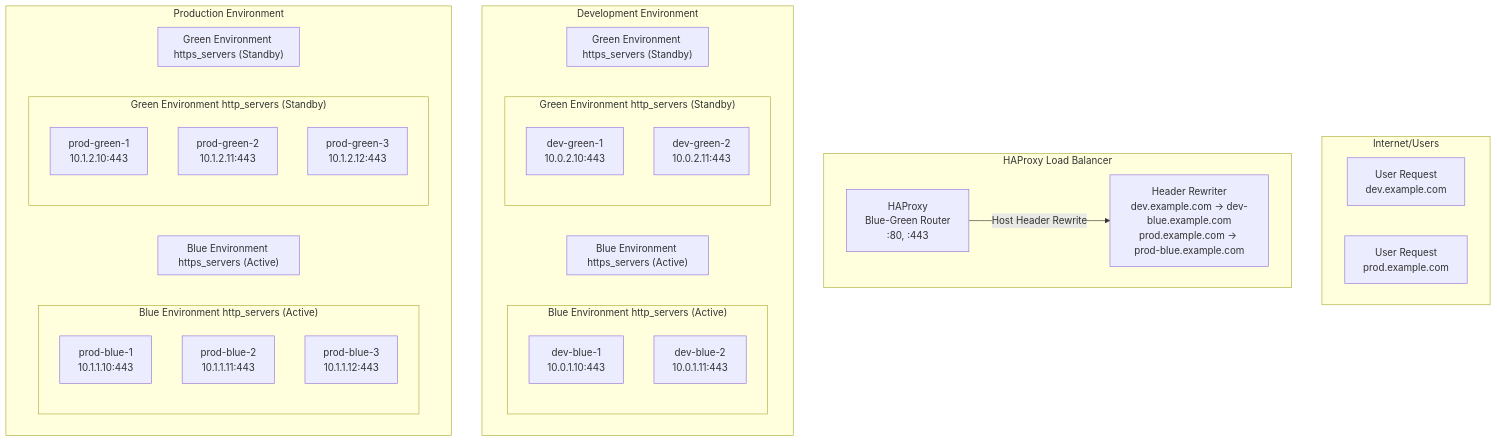
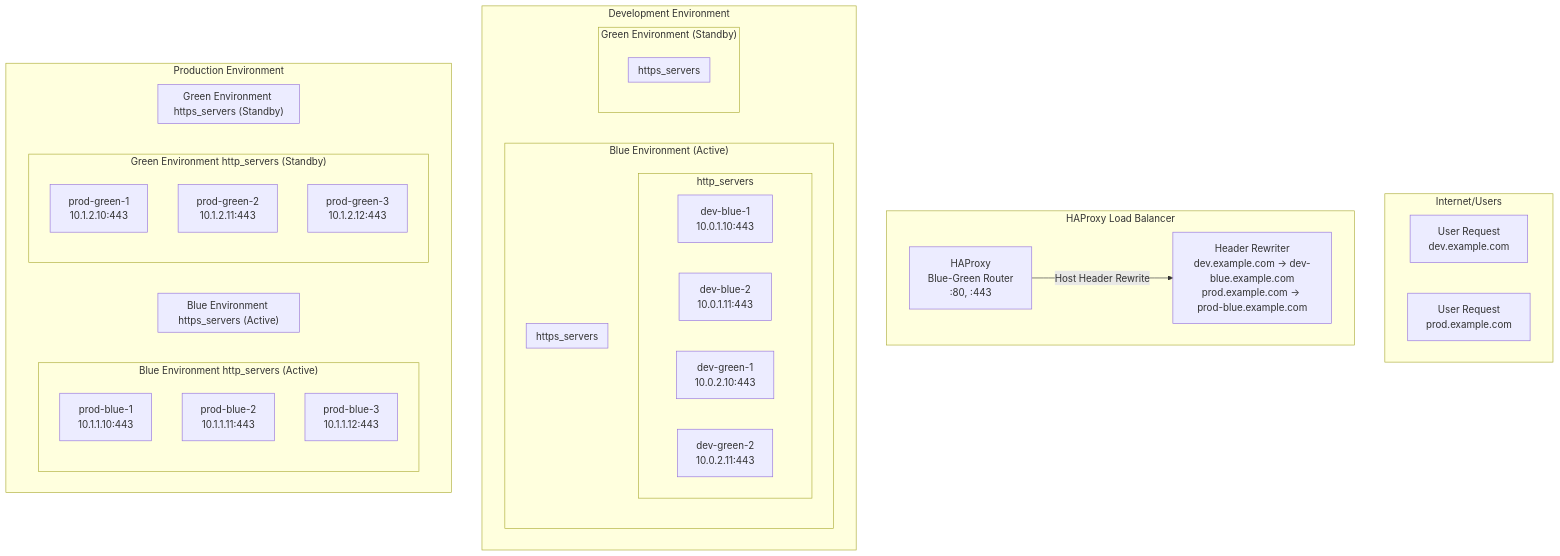
One commit to cadjai/ocp4-cluster-workload-migration changed the diagram in HAPROXY-BLUE-GREEN-README.md. Above: the diagram before and after it, drawn with Mermaid.

Commit message:
update diagram

````diff
--- a/HAPROXY-BLUE-GREEN-README.md
+++ b/HAPROXY-BLUE-GREEN-README.md
@@ -26,60 +26,64 @@
 ```mermaid
 graph TB
     subgraph "Internet/Users"
         U1[User Request<br/>dev.example.com]
         U2[User Request<br/>prod.example.com]
     end
     
     subgraph "HAProxy Load Balancer"
         H[HAProxy<br/>Blue-Green Router<br/>:80, :443]
         H --> |"Host Header Rewrite"| HR[Header Rewriter<br/>dev.example.com → dev-blue.example.com<br/>prod.example.com → prod-blue.example.com]
     end
     
     subgraph "Development Environment"
-        subgraph "Blue Environment http_servers (Active)"
-            DB1[dev-blue-1<br/>10.0.1.10:80]
-            DB2[dev-blue-2<br/>10.0.1.11:80]
+        subgraph "Blue Environment (Active)"
+           subgraph "http_servers"
+               DB1[dev-blue-1<br/>10.0.1.10:80]
+               DB2[dev-blue-2<br/>10.0.1.11:80]
+           end
+           
+           subgraph "https_servers "
+               DB1[dev-blue-1<br/>10.0.1.10:443]
+               DB2[dev-blue-2<br/>10.0.1.11:443]
+           end
         end
         
-        subgraph "Blue Environment https_servers (Active)"
-            DB1[dev-blue-1<br/>10.0.1.10:443]
-            DB2[dev-blue-2<br/>10.0.1.11:443]
-        end
-        
-        subgraph "Green Environment http_servers (Standby)"
-            DG1[dev-green-1<br/>10.0.2.10:80]
-            DG2[dev-green-2<br/>10.0.2.11:80]
-        end
-        
-        subgraph "Green Environment https_servers (Standby)"
-            DG1[dev-green-1<br/>10.0.2.10:443]
-            DG2[dev-green-2<br/>10.0.2.11:443]
+        subgraph "Green Environment (Standby)"
+           subgraph "http_servers"
+               DG1[dev-green-1<br/>10.0.2.10:80]
+               DG2[dev-green-2<br/>10.0.2.11:80]
+           end
+           
+           subgraph "https_servers"
+               DG1[dev-green-1<br/>10.0.2.10:443]
+               DG2[dev-green-2<br/>10.0.2.11:443]
+           end
         end
     end
     
     subgraph "Production Environment"
         subgraph "Blue Environment http_servers (Active)"
             PB1[prod-blue-1<br/>10.1.1.10:80]
             PB2[prod-blue-2<br/>10.1.1.11:80]
             PB3[prod-blue-3<br/>10.1.1.12:80]
         end
         
         subgraph "Blue Environment https_servers (Active)"
             PB1[prod-blue-1<br/>10.1.1.10:443]
             PB2[prod-blue-2<br/>10.1.1.11:443]
             PB3[prod-blue-3<br/>10.1.1.12:443]
         end
         
         subgraph "Green Environment http_servers (Standby)"
             PG1[prod-green-1<br/>10.1.2.10:80]
             PG2[prod-green-2<br/>10.1.2.11:80]
             PG3[prod-green-3<br/>10.1.2.12:80]
         end
         
         subgraph "Green Environment https_servers (Standby)"
             PG1[prod-green-1<br/>10.1.2.10:443]
             PG2[prod-green-2<br/>10.1.2.11:443]
             PG3[prod-green-3<br/>10.1.2.12:443]
         end
     end
 ```
````
